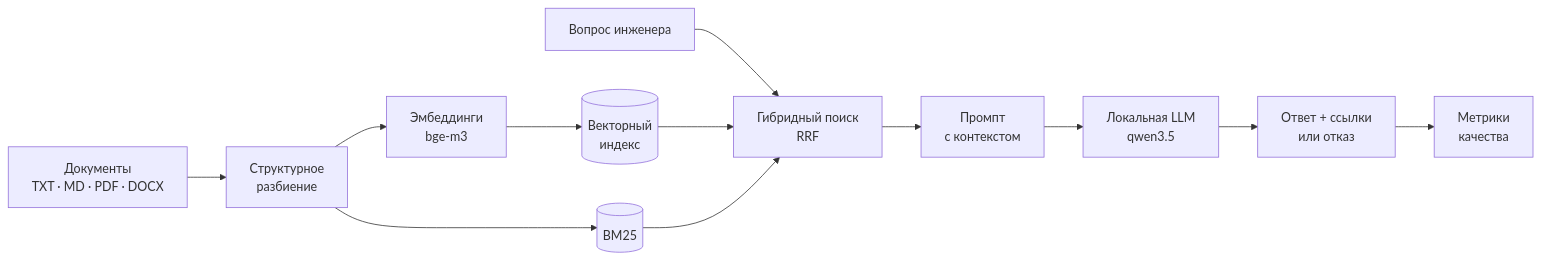
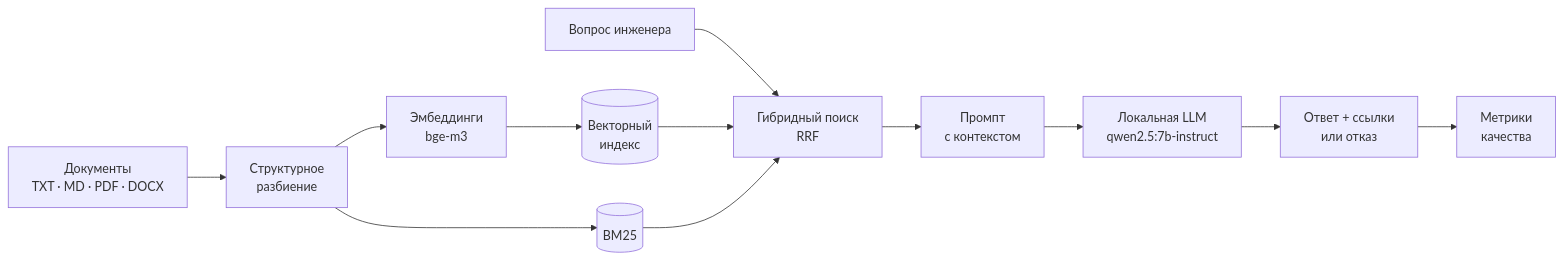
Before and after one commit to Voldemurik/URFU-PROTALANT: the diagram in README.md, drawn with Mermaid. The commit also changed other lines of this file, not shown here.

````diff
--- a/README.md
+++ b/README.md
@@ -54,14 +55,14 @@
 ```mermaid
 flowchart LR
     D[Документы<br/>TXT · MD · PDF · DOCX] --> C[Структурное<br/>разбиение]
     C --> E[Эмбеддинги<br/>bge-m3]
     E --> V[(Векторный<br/>индекс)]
     C --> B[(BM25)]
     Q[Вопрос инженера] --> R[Гибридный поиск<br/>RRF]
     V --> R
     B --> R
     R --> P[Промпт<br/>с контекстом]
-    P --> M[Локальная LLM<br/>qwen3.5]
+    P --> M[Локальная LLM<br/>qwen2.5:7b-instruct]
     M --> A[Ответ + ссылки<br/>или отказ]
     A --> X[Метрики<br/>качества]
 ```
````
